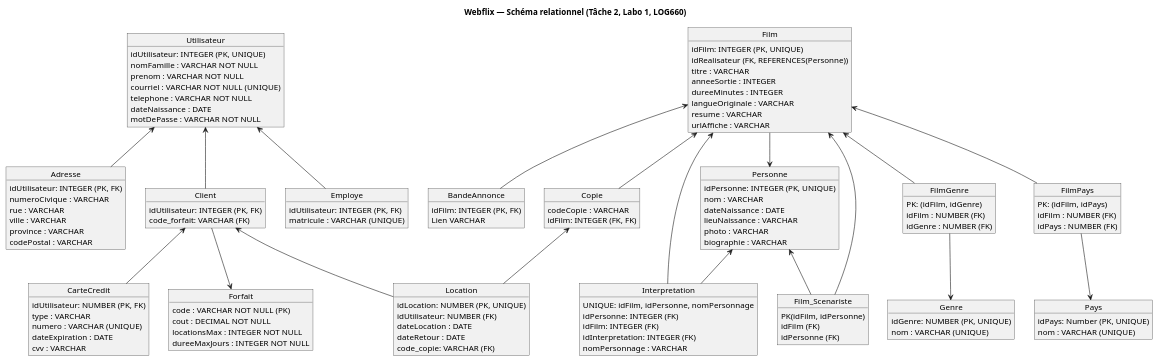
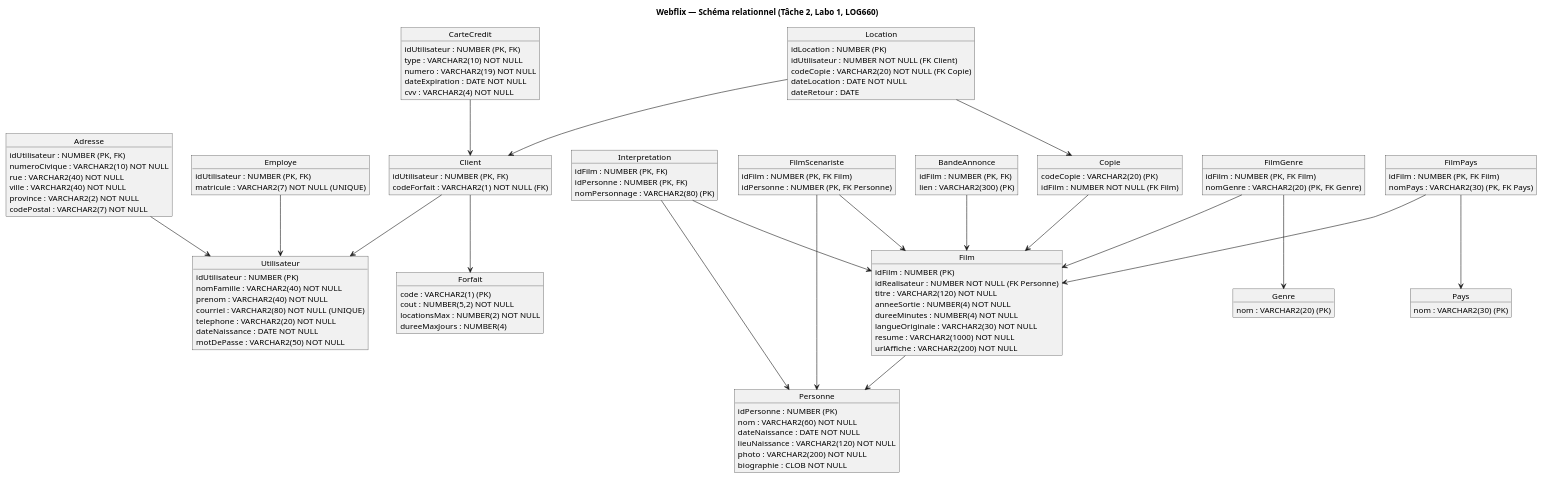
One commit to Mat-Flores/LOG660-Lab1 changed the diagram in T2 - Schéma relationnel.puml. Above: the diagram before and after it, drawn with PlantUML. The commit also changed other lines of this file, not shown here.

Commit message:
Refactor relational schema to improve clarity and enforce data integrity. Updated field types to align with database standards, added NOT NULL constraints, and enhanced comments for better understanding of relationships and requirements. Adjusted associations to reflect correct cardinalities and relationships among entities.

```diff
--- a/T2 - Schéma relationnel.puml
+++ b/T2 - Schéma relationnel.puml
@@ -3,152 +19,141 @@
 @startuml WebflixSchemaRelationnel
 title Webflix — Schéma relationnel (Tâche 2, Labo 1, LOG660)
 
 skinparam classAttributeIconSize 0
-hide empty methods
 
 ' ===================== UTILISATEURS DU SYSTÈME =====================
 object Utilisateur {
-  idUtilisateur: INTEGER (PK, UNIQUE)
-  nomFamille : VARCHAR NOT NULL
-  prenom : VARCHAR NOT NULL
-  courriel : VARCHAR NOT NULL (UNIQUE)
-  telephone : VARCHAR NOT NULL
-  dateNaissance : DATE
-  motDePasse : VARCHAR NOT NULL
+  {field} idUtilisateur : NUMBER (PK)
+  {field} nomFamille : VARCHAR2(40) NOT NULL
+  {field} prenom : VARCHAR2(40) NOT NULL
+  {field} courriel : VARCHAR2(80) NOT NULL (UNIQUE)
+  {field} telephone : VARCHAR2(20) NOT NULL
+  {field} dateNaissance : DATE NOT NULL
+  {field} motDePasse : VARCHAR2(50) NOT NULL
 }
 
 object Adresse {
-  idUtilisateur: INTEGER (PK, FK)
-  numeroCivique : VARCHAR
-  rue : VARCHAR
-  ville : VARCHAR
-  province : VARCHAR
-  codePostal : VARCHAR
+  {field} idUtilisateur : NUMBER (PK, FK)
+  {field} numeroCivique : VARCHAR2(10) NOT NULL
+  {field} rue : VARCHAR2(40) NOT NULL
+  {field} ville : VARCHAR2(40) NOT NULL
+  {field} province : VARCHAR2(2) NOT NULL
+  {field} codePostal : VARCHAR2(7) NOT NULL
 }
 
-object Client{
-  idUtilisateur: INTEGER (PK, FK)
-  code_forfait: VARCHAR (FK)
+object Client {
+  {field} idUtilisateur : NUMBER (PK, FK)
+  {field} codeForfait : VARCHAR2(1) NOT NULL (FK)
 }
 
 object CarteCredit {
-  idUtilisateur: NUMBER (PK, FK)
-  type : VARCHAR
-  numero : VARCHAR (UNIQUE)
-  dateExpiration : DATE
-  cvv : VARCHAR
+  {field} idUtilisateur : NUMBER (PK, FK)
+  {field} type : VARCHAR2(10) NOT NULL
+  {field} numero : VARCHAR2(19) NOT NULL
+  {field} dateExpiration : DATE NOT NULL
+  {field} cvv : VARCHAR2(4) NOT NULL
 }
 
 object Employe {
-  idUtilisateur: INTEGER (PK, FK)
-  matricule : VARCHAR (UNIQUE)
+  {field} idUtilisateur : NUMBER (PK, FK)
+  {field} matricule : VARCHAR2(7) NOT NULL (UNIQUE)
 }
 
 object Forfait {
-  code : VARCHAR NOT NULL (PK)
-  cout : DECIMAL NOT NULL
-  locationsMax : INTEGER NOT NULL
-  dureeMaxJours : INTEGER NOT NULL
+  {field} code : VARCHAR2(1) (PK)
+  {field} cout : NUMBER(5,2) NOT NULL
+  {field} locationsMax : NUMBER(2) NOT NULL
+  {field} dureeMaxJours : NUMBER(4)
 }
 
-Utilisateur <-- Adresse
-Client <-- CarteCredit
-Utilisateur <-- Client
-Utilisateur <-- Employe
+Adresse --> Utilisateur
+Client --> Utilisateur
+Employe --> Utilisateur
+CarteCredit --> Client
 Client --> Forfait
 
 ' ===================== CATALOGUE DE FILMS =====================
 object Film {
-  idFilm: INTEGER (PK, UNIQUE)
-  idRealisateur (FK, REFERENCES(Personne))
-  titre : VARCHAR
-  anneeSortie : INTEGER
-  dureeMinutes : INTEGER
-  langueOriginale : VARCHAR
-  resume : VARCHAR
-  urlAffiche : VARCHAR
+  {field} idFilm : NUMBER (PK)
+  {field} idRealisateur : NUMBER NOT NULL (FK Personne)
+  {field} titre : VARCHAR2(120) NOT NULL
+  {field} anneeSortie : NUMBER(4) NOT NULL
+  {field} dureeMinutes : NUMBER(4) NOT NULL
+  {field} langueOriginale : VARCHAR2(30) NOT NULL
+  {field} resume : VARCHAR2(1000) NOT NULL
+  {field} urlAffiche : VARCHAR2(200) NOT NULL
 }
 
 object BandeAnnonce {
-  idFilm: INTEGER (PK, FK)
-  Lien VARCHAR
+  {field} idFilm : NUMBER (PK, FK)
+  {field} lien : VARCHAR2(300) (PK)
 }
 
 object Genre {
-  idGenre: NUMBER (PK, UNIQUE)
-  nom : VARCHAR (UNIQUE)
+  {field} nom : VARCHAR2(20) (PK)
 }
 
 object Pays {
-  idPays: Number (PK, UNIQUE)
-  nom : VARCHAR (UNIQUE)
+  {field} nom : VARCHAR2(30) (PK)
 }
 
 object Personne {
-  idPersonne: INTEGER (PK, UNIQUE)
-  nom : VARCHAR
-  dateNaissance : DATE
-  lieuNaissance : VARCHAR
-  photo : VARCHAR
-  biographie : VARCHAR
+  {field} idPersonne : NUMBER (PK)
+  {field} nom : VARCHAR2(60) NOT NULL
+  {field} dateNaissance : DATE NOT NULL
+  {field} lieuNaissance : VARCHAR2(120) NOT NULL
+  {field} photo : VARCHAR2(200) NOT NULL
+  {field} biographie : CLOB NOT NULL
 }
 
 object Interpretation {
-  UNIQUE: idFilm, idPersonne, nomPersonnage
-  idPersonne: INTEGER (FK)
-  idFilm: INTEGER (FK)
-  idInterpretation: INTEGER (FK)
-  nomPersonnage : VARCHAR
+  {field} idFilm : NUMBER (PK, FK)
+  {field} idPersonne : NUMBER (PK, FK)
+  {field} nomPersonnage : VARCHAR2(80) (PK)
 }
 
-object Film_Scenariste {
-  PK(idFilm, idPersonne)
-  idFilm (FK)
-  idPersonne (FK)
+object FilmScenariste {
+  {field} idFilm : NUMBER (PK, FK Film)
+  {field} idPersonne : NUMBER (PK, FK Personne)
 }
 
+object FilmGenre {
+  {field} idFilm : NUMBER (PK, FK Film)
+  {field} nomGenre : VARCHAR2(20) (PK, FK Genre)
+}
+
+object FilmPays {
+  {field} idFilm : NUMBER (PK, FK Film)
+  {field} nomPays : VARCHAR2(30) (PK, FK Pays)
+}
+
+Film --> Personne
+BandeAnnonce --> Film
+FilmGenre --> Film
+FilmGenre --> Genre
+FilmPays --> Film
+FilmPays --> Pays
+Interpretation --> Film
+Interpretation --> Personne
+FilmScenariste --> Film
+FilmScenariste --> Personne
+
+' ===================== INVENTAIRE ET LOCATIONS =====================
 object Copie {
-  codeCopie : VARCHAR
-  idFilm: INTEGER (FK, FK)
+  {field} codeCopie : VARCHAR2(20) (PK)
+  {field} idFilm : NUMBER NOT NULL (FK Film)
 }
 
 object Location {
-  idLocation: NUMBER (PK, UNIQUE)
-  idUtilisateur: NUMBER (FK)
-  dateLocation : DATE
-  dateRetour : DATE
-  code_copie: VARCHAR (FK)
+  {field} idLocation : NUMBER (PK)
+  {field} idUtilisateur : NUMBER NOT NULL (FK Client)
+  {field} codeCopie : VARCHAR2(20) NOT NULL (FK Copie)
+  {field} dateLocation : DATE NOT NULL
+  {field} dateRetour : DATE
 }
 
-object FilmGenre {
-  PK: (idFilm, idGenre)
-  idFilm : NUMBER (FK)
-  idGenre : NUMBER (FK)
-}
-
-object FilmPays {
-  PK: (idFilm, idPays)
-  idFilm : NUMBER (FK)
-  idPays : NUMBER (FK)
-}
-
-Film <-- FilmGenre
-FilmGenre --> Genre
-
-Film <-- FilmPays
-FilmPays --> Pays
-
-Film --> Personne
-
-Film <-- Interpretation
-Personne <-- Interpretation
-
-Film <-- Film_Scenariste
-Personne <-- Film_Scenariste
-
-Film <-- Copie
-Film <-- BandeAnnonce
-Client <-- Location
-Copie <-- Location
+Copie --> Film
+Location --> Client
+Location --> Copie
 
 @enduml
```
